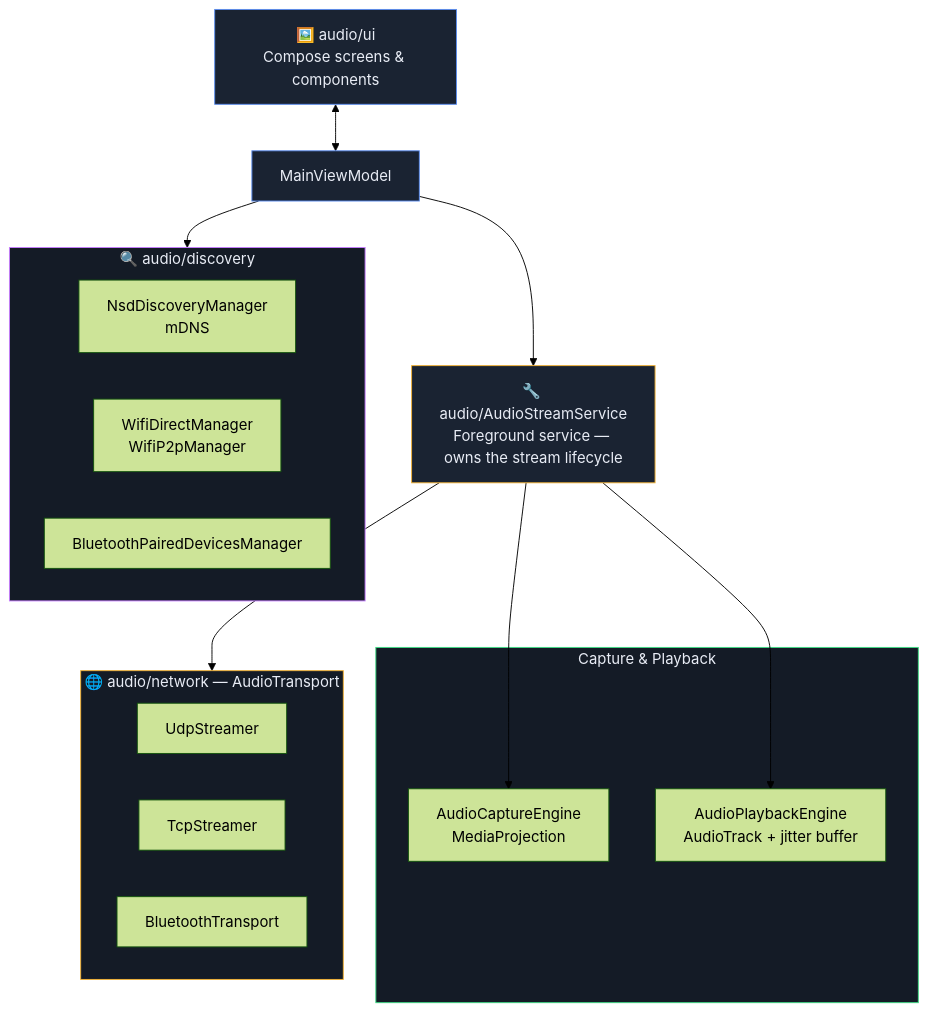
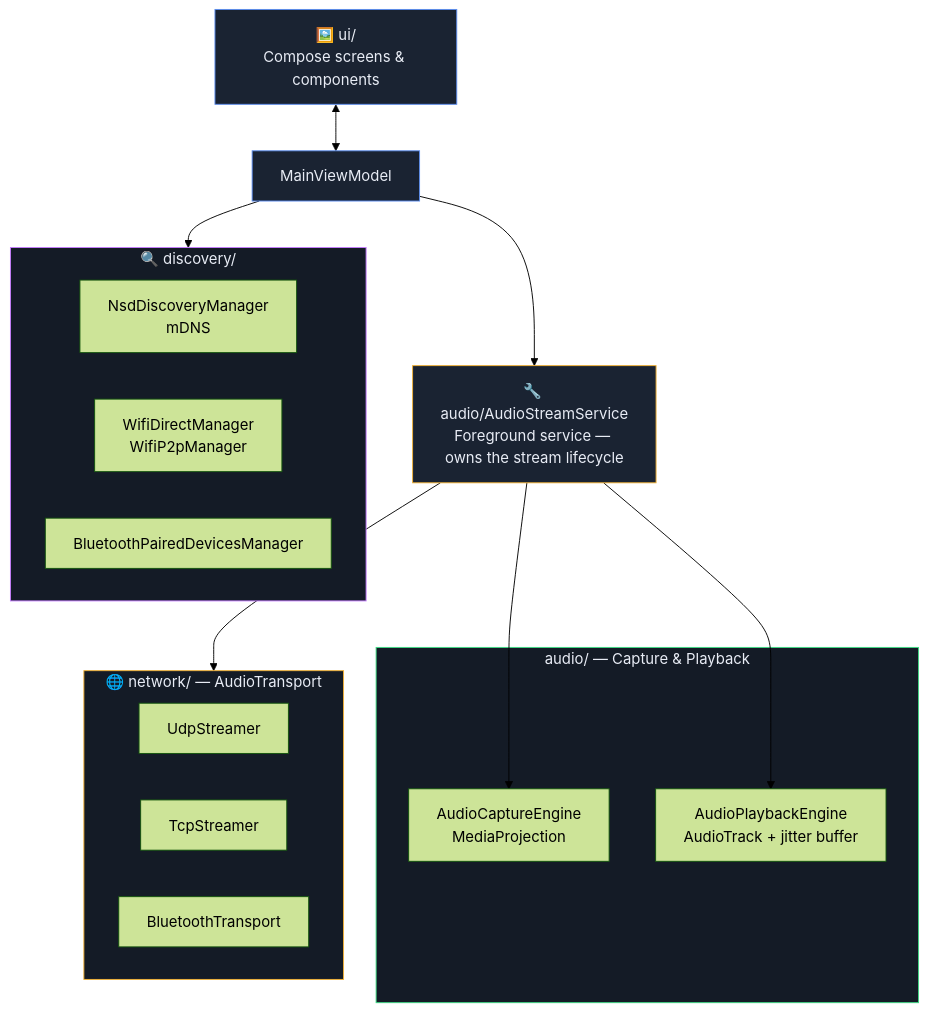
Before and after one commit to VoxNode-ux/Audio-Bridge: the third of 3 diagrams in README.md, drawn with Mermaid (forest theme). The commit also changed other lines of this file, not shown here.

````diff
--- a/README.md
+++ b/README.md
@@ -137,37 +137,37 @@
 ```mermaid
 flowchart TB
-    UI["🖼️ audio/ui<br/>Compose screens & components"]
+    UI["🖼️ ui/<br/>Compose screens & components"]
     VM["MainViewModel"]
     SVC["🔧 audio/AudioStreamService<br/>Foreground service — owns the stream lifecycle"]
 
-    subgraph Capture["Capture & Playback"]
+    subgraph Capture["audio/ — Capture & Playback"]
         CAP["AudioCaptureEngine<br/>MediaProjection"]
         PLAY["AudioPlaybackEngine<br/>AudioTrack + jitter buffer"]
     end
 
-    subgraph Net["🌐 audio/network — AudioTransport"]
+    subgraph Net["🌐 network/ — AudioTransport"]
         UDP["UdpStreamer"]
         TCP["TcpStreamer"]
         BT["BluetoothTransport"]
     end
 
-    subgraph Disc["🔍 audio/discovery"]
+    subgraph Disc["🔍 discovery/"]
         NSD["NsdDiscoveryManager<br/>mDNS"]
         WFD["WifiDirectManager<br/>WifiP2pManager"]
         BTP["BluetoothPairedDevicesManager"]
     end
 
     UI <--> VM
     VM --> SVC
     SVC --> CAP
     SVC --> PLAY
     SVC --> Net
     VM --> Disc
 
     style UI fill:#1a2332,stroke:#5b8def,color:#e8ecf5
     style VM fill:#1a2332,stroke:#5b8def,color:#e8ecf5
     style SVC fill:#1a2332,stroke:#f2b134,color:#e8ecf5
     style Capture fill:#141b26,stroke:#3ddc84,color:#e8ecf5
     style Net fill:#141b26,stroke:#f2b134,color:#e8ecf5
     style Disc fill:#141b26,stroke:#c77dff,color:#e8ecf5
 ```
````
